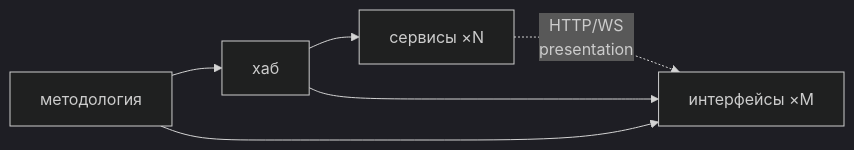
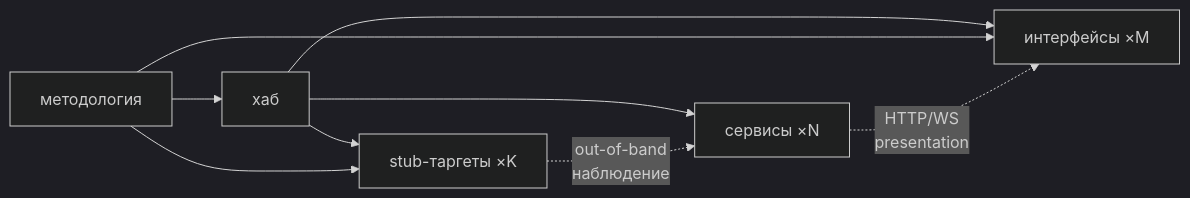
Before and after one commit to TheCipherKeeper/addm: the diagram in docs/refs/TOPOLOGY.md, drawn with Mermaid (dark theme). The commit also changed other lines of this file and 13 other files, not shown here.

````diff
--- a/docs/refs/TOPOLOGY.md
+++ b/docs/refs/TOPOLOGY.md
@@ -44,8 +55,11 @@
 ```mermaid
 graph LR
   M["методология"] --> H["хаб"]
   H --> S["сервисы ×N"]
   H --> I["интерфейсы ×M"]
+  H --> T["stub-таргеты ×K"]
   M --> I
+  M --> T
   S -. "HTTP/WS<br/>presentation" .-> I
+  T -. "out-of-band<br/>наблюдение" .-> S
 ```
````
